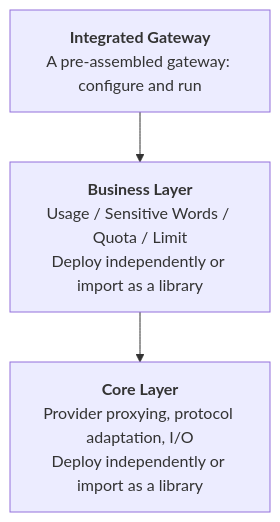
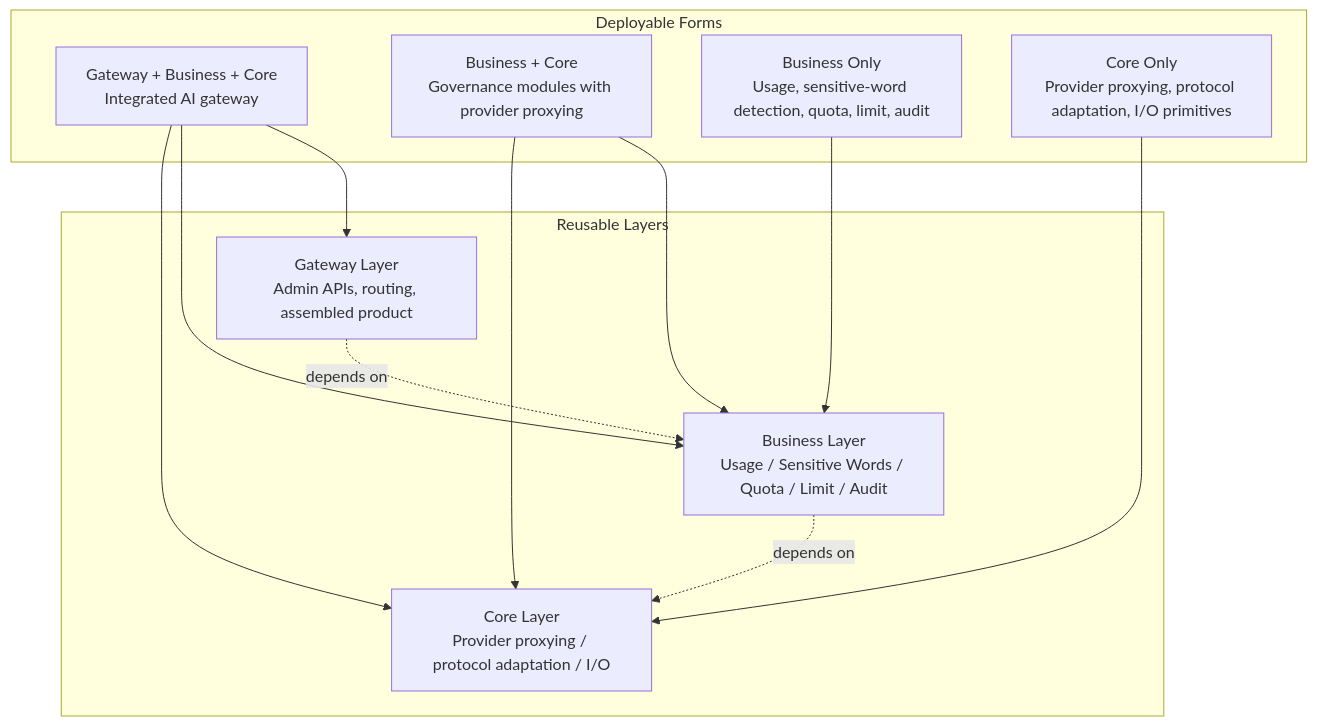
The diagram in README.md (HyperToken-dev/Fabric), drawn with Mermaid before and after one commit. The commit also changed other lines of this file and 2 other files, not shown here.

````diff
--- a/README.md
+++ b/README.md
@@ -53,9 +53,28 @@
 ```mermaid
-graph TD
-    Gateway["<b>Integrated Gateway</b><br/>A pre-assembled gateway: configure and run"]
-    Business["<b>Business Layer</b><br/>Usage / Sensitive Words / Quota / Limit<br/>Deploy independently or import as a library"]
-    Core["<b>Core Layer</b><br/>Provider proxying, protocol adaptation, I/O<br/>Deploy independently or import as a library"]
+flowchart TB
+    subgraph Deployments["Deployable Forms"]
+        GBC["Gateway + Business + Core<br/>Integrated AI gateway"]
+        BC["Business + Core<br/>Governance modules with provider proxying"]
+        B["Business Only<br/>Usage, sensitive-word detection, quota, limit, audit"]
+        C["Core Only<br/>Provider proxying, protocol adaptation, I/O primitives"]
+    end
 
-    Gateway --> Business
-    Business --> Core
+    subgraph Layers["Reusable Layers"]
+        Gateway["Gateway Layer<br/>Admin APIs, routing, assembled product"]
+        Business["Business Layer<br/>Usage / Sensitive Words / Quota / Limit / Audit"]
+        Core["Core Layer<br/>Provider proxying / protocol adaptation / I/O"]
+    end
+
+    GBC --> Gateway
+    GBC --> Business
+    GBC --> Core
+
+    BC --> Business
+    BC --> Core
+
+    B --> Business
+    C --> Core
+
+    Gateway -. depends on .-> Business
+    Business -. depends on .-> Core
 ```
````
